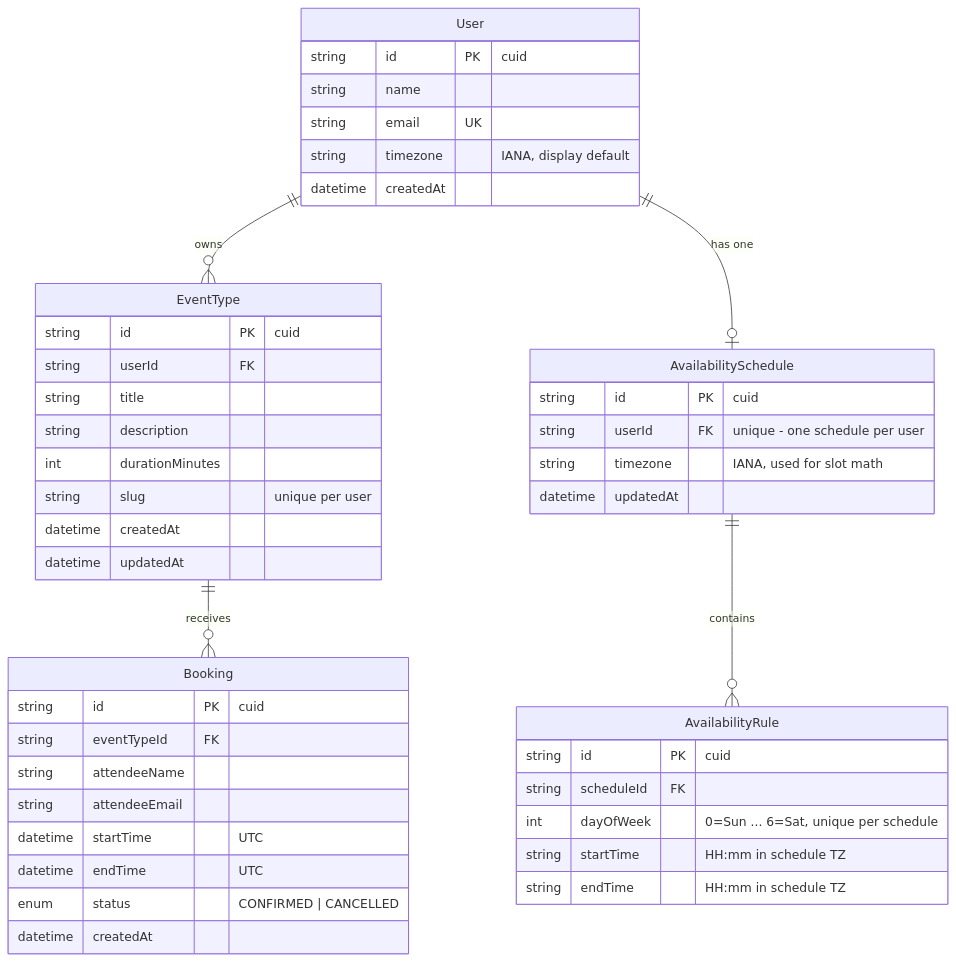
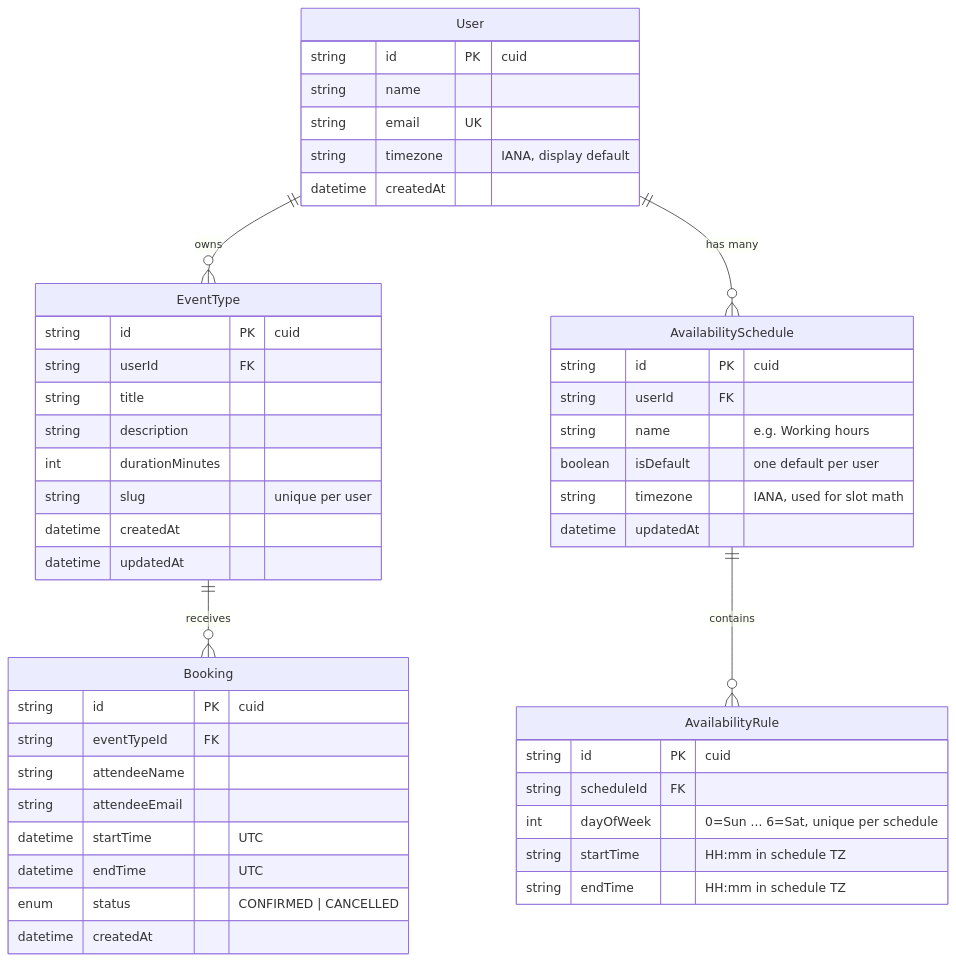
Before and after one commit to codedbygo/cal-clone: the diagram in docs/SCHEMA.md, drawn with Mermaid. The commit also changed other lines of this file and 43 other files, not shown here.

````diff
--- a/docs/SCHEMA.md
+++ b/docs/SCHEMA.md
@@ -17,52 +17,54 @@
 ```mermaid
 erDiagram
   User ||--o{ EventType : "owns"
-  User ||--o| AvailabilitySchedule : "has one"
+  User ||--o{ AvailabilitySchedule : "has many"
   AvailabilitySchedule ||--o{ AvailabilityRule : "contains"
   EventType ||--o{ Booking : "receives"
 
   User {
     string id PK "cuid"
     string name
     string email UK
     string timezone "IANA, display default"
     datetime createdAt
   }
 
   EventType {
     string id PK "cuid"
     string userId FK
     string title
     string description
     int durationMinutes
     string slug "unique per user"
     datetime createdAt
     datetime updatedAt
   }
 
   AvailabilitySchedule {
     string id PK "cuid"
-    string userId FK "unique - one schedule per user"
+    string userId FK
+    string name "e.g. Working hours"
+    boolean isDefault "one default per user"
     string timezone "IANA, used for slot math"
     datetime updatedAt
   }
 
   AvailabilityRule {
     string id PK "cuid"
     string scheduleId FK
     int dayOfWeek "0=Sun ... 6=Sat, unique per schedule"
     string startTime "HH:mm in schedule TZ"
     string endTime "HH:mm in schedule TZ"
   }
 
   Booking {
     string id PK "cuid"
     string eventTypeId FK
     string attendeeName
     string attendeeEmail
     datetime startTime "UTC"
     datetime endTime "UTC"
     enum status "CONFIRMED | CANCELLED"
     datetime createdAt
   }
 ```
````
